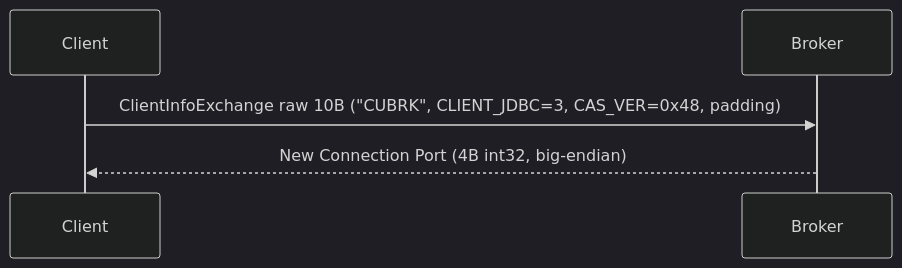
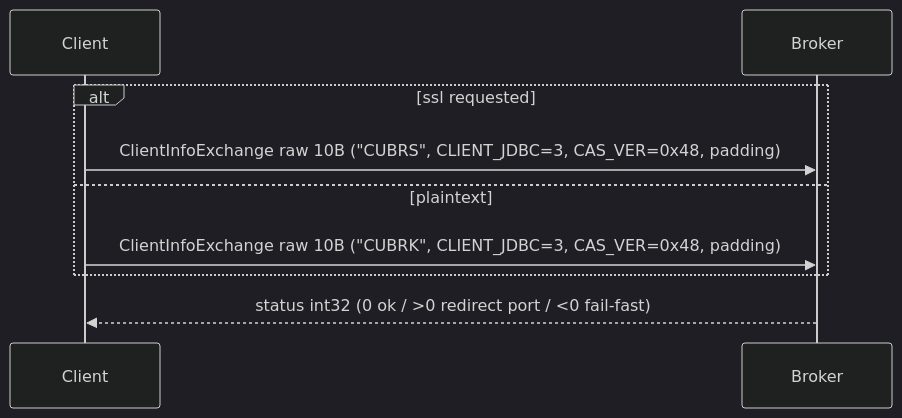
The third of 6 diagrams in docs/PROTOCOL.md (cubrid-lab/pycubrid), drawn with Mermaid (dark theme) before and after one commit. The commit also changed other lines of this file and 8 other files, not shown here.

````diff
--- a/docs/PROTOCOL.md
+++ b/docs/PROTOCOL.md
@@ -111,7 +113,11 @@
 ```mermaid
 sequenceDiagram
     participant Client
     participant Broker
-    Client->>Broker: ClientInfoExchange raw 10B ("CUBRK", CLIENT_JDBC=3, CAS_VER=0x48, padding)
-    Broker-->>Client: New Connection Port (4B int32, big-endian)
+    alt ssl requested
+        Client->>Broker: ClientInfoExchange raw 10B ("CUBRS", CLIENT_JDBC=3, CAS_VER=0x48, padding)
+    else plaintext
+        Client->>Broker: ClientInfoExchange raw 10B ("CUBRK", CLIENT_JDBC=3, CAS_VER=0x48, padding)
+    end
+    Broker-->>Client: status int32 (0 ok / >0 redirect port / <0 fail-fast)
 ```
````
